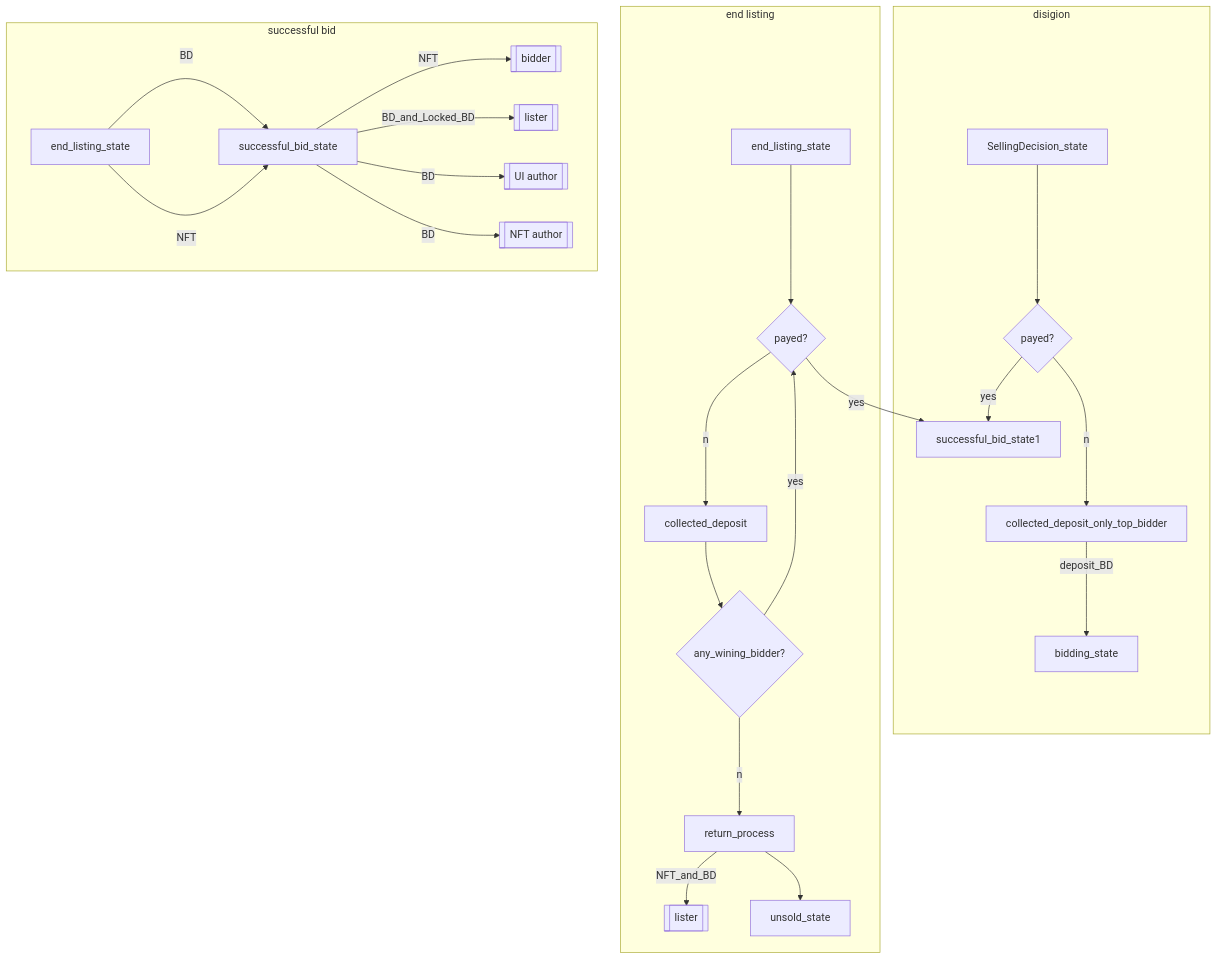
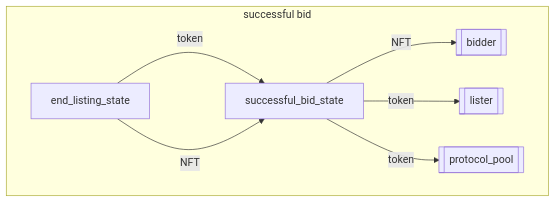
One commit to UnUniFi/chain changed the ninth of 9 diagrams in docs/architecture/adr-nft-market/03_listing_state.md. Above: the diagram before and after it, drawn with Mermaid. The commit also changed other lines of this file and 1 other file, not shown here.

Commit message:
feat: update flow for v2

````diff
--- a/docs/architecture/adr-nft-market/03_listing_state.md
+++ b/docs/architecture/adr-nft-market/03_listing_state.md
@@ -201,37 +180,15 @@
 ```mermaid
 flowchart TD
+subgraph successful bid
+  bidder[[bidder]]
+  lister[[lister]]
+  protocol_pool[[protocol_pool]]
 
-subgraph disigion
-  SellingDecision_state --> check_pay_only_top_bidder{payed?}
-  check_pay_only_top_bidder  --yes--> successful_bid_state1
-  check_pay_only_top_bidder  --no--> collected_deposit_only_top_bidder
-  collected_deposit_only_top_bidder --deposit_BD--> bidding_state
-end
-
-subgraph end listing
-  lister2[[lister]]
-  successful_bid_state1[successful_bid_state1]
-  end_listing_state  --> check_pay{payed?}
-  check_pay  --yes--> successful_bid_state1
-  check_pay  --no--> collected_deposit
-  collected_deposit --> check_wining_bidder{any_wining_bidder?}
-  check_wining_bidder --yes--> check_pay
-  check_wining_bidder --no--> return_process
-  return_process --NFT_and_BD--> lister2
-  return_process --> unsold_state
-end
-
-subgraph successful bid
-  bidder3[[bidder]]
-  lister3[[lister]]
-  NFT_author[[NFT author]]
-  UI_author[[UI author]]
   end_listing_state3[end_listing_state]
-  end_listing_state3  --BD--> successful_bid_state
+  end_listing_state3  --token--> successful_bid_state
   end_listing_state3  --NFT--> successful_bid_state
-  successful_bid_state  --BD_and_Locked_BD--> lister3
-  successful_bid_state  --BD--> UI_author
-  successful_bid_state  --BD--> NFT_author
-  successful_bid_state  --NFT--> bidder3
+  successful_bid_state  --token--> lister
+  successful_bid_state  --token--> protocol_pool
+  successful_bid_state  --NFT--> bidder
 end
 ```
````
